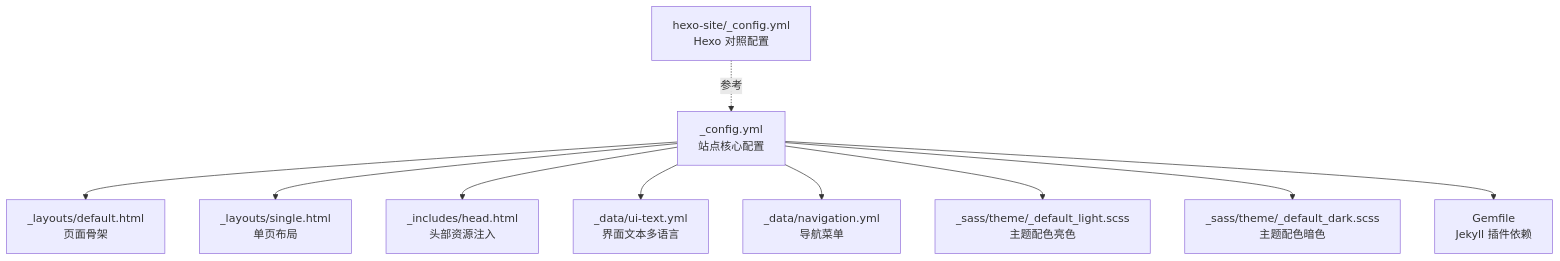
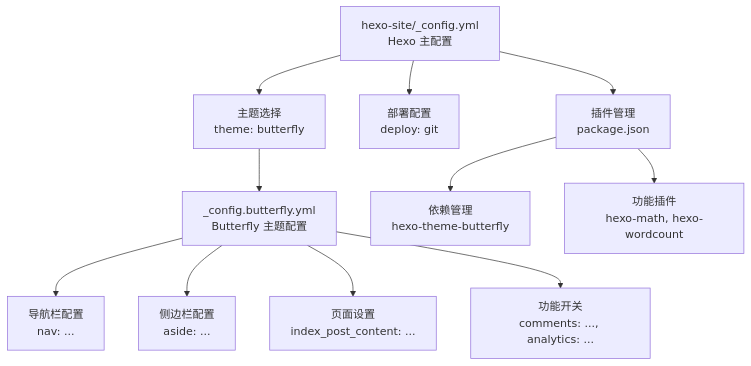
Before and after one commit to CoolPig0720/CoolPig0720.github.io: the diagram in .qoder/repowiki/zh/content/配置管理/核心站点配置.md, drawn with Mermaid. The commit also changed other lines of this file and 36 other files, not shown here.

````diff
--- a/.qoder/repowiki/zh/content/配置管理/核心站点配置.md
+++ b/.qoder/repowiki/zh/content/配置管理/核心站点配置.md
@@ -35,12 +43,13 @@
 ```mermaid
 graph TB
-A["_config.yml<br/>站点核心配置"] --> B["_layouts/default.html<br/>页面骨架"]
-A --> C["_layouts/single.html<br/>单页布局"]
-A --> D["_includes/head.html<br/>头部资源注入"]
-A --> E["_data/ui-text.yml<br/>界面文本多语言"]
-A --> F["_data/navigation.yml<br/>导航菜单"]
-A --> G["_sass/theme/_default_light.scss<br/>主题配色亮色"]
-A --> H["_sass/theme/_default_dark.scss<br/>主题配色暗色"]
-A --> I["Gemfile<br/>Jekyll 插件依赖"]
-J["hexo-site/_config.yml<br/>Hexo 对照配置"] -. 参考 .-> A
+A["hexo-site/_config.yml<br/>Hexo 主配置"] --> B["主题选择<br/>theme: butterfly"]
+A --> C["部署配置<br/>deploy: git"]
+A --> D["插件管理<br/>package.json"]
+B --> E["_config.butterfly.yml<br/>Butterfly 主题配置"]
+E --> F["导航栏配置<br/>nav: ..."]
+E --> G["侧边栏配置<br/>aside: ..."]
+E --> H["页面设置<br/>index_post_content: ..."]
+E --> I["功能开关<br/>comments: ..., analytics: ..."]
+D --> J["依赖管理<br/>hexo-theme-butterfly"]
+D --> K["功能插件<br/>hexo-math, hexo-wordcount"]
 ```
````
